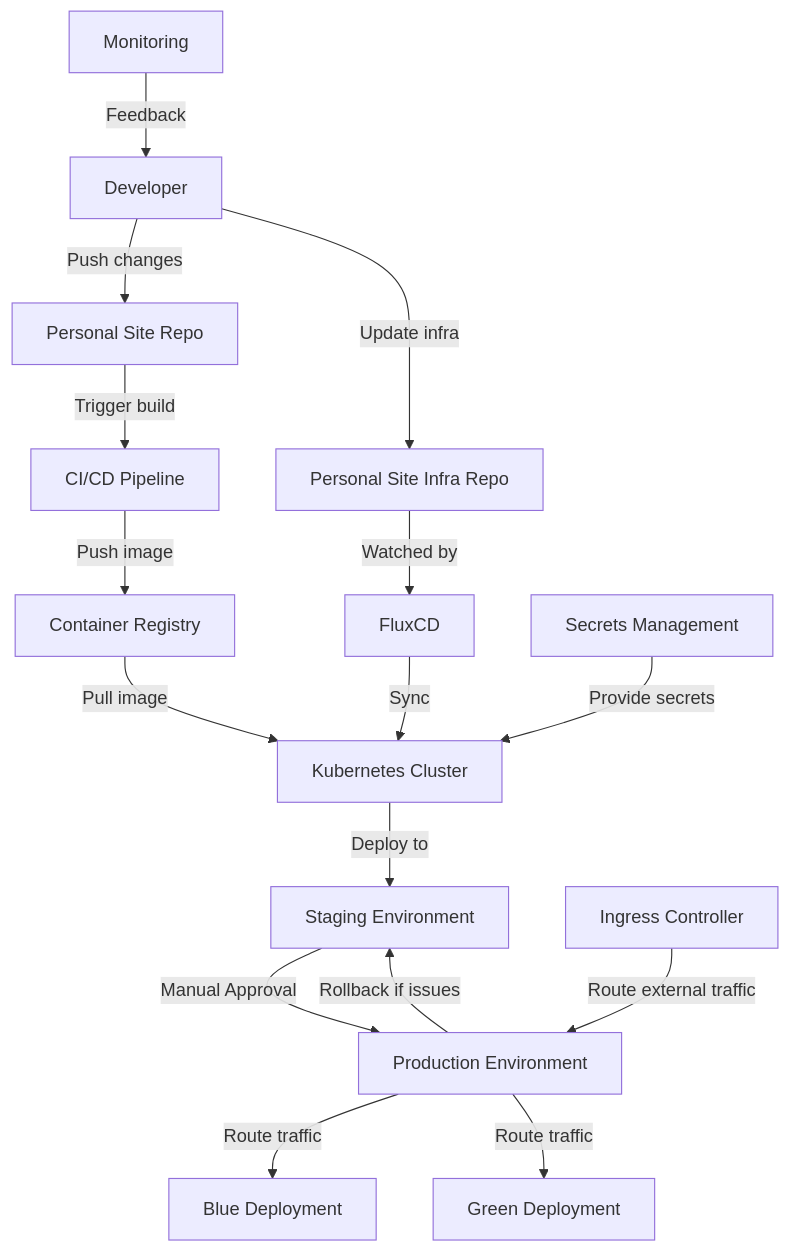
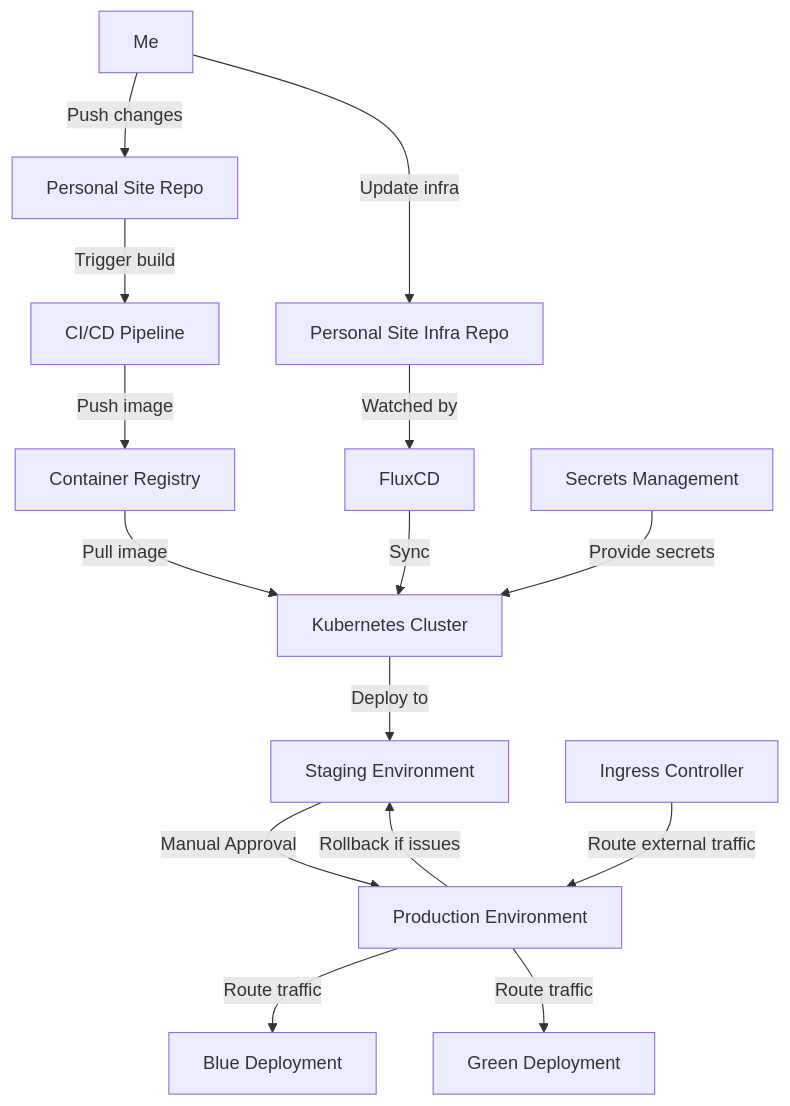
Before and after one commit to zaneriley/personal-site-infra: the diagram in README.md, drawn with Mermaid. The commit also changed other lines of this file, not shown here.

````diff
--- a/README.md
+++ b/README.md
@@ -32,18 +37,17 @@
 ```mermaid
 graph TD
-    A[Developer] -->|Push changes| B[Personal Site Repo]
+    A[Me] -->|Push changes| B[Personal Site Repo]
     A -->|Update infra| C[Personal Site Infra Repo]
     B -->|Trigger build| D[CI/CD Pipeline]
     D -->|Push image| E[Container Registry]
     C -->|Watched by| F[FluxCD]
     F -->|Sync| G[Kubernetes Cluster]
     G -->|Deploy to| H[Staging Environment]
     H -->|Manual Approval| I[Production Environment]
     E -->|Pull image| G
     I -->|Route traffic| J[Blue Deployment]
     I -->|Route traffic| K[Green Deployment]
     L[Ingress Controller] -->|Route external traffic| I
-    M[Monitoring] -->|Feedback| A
     N[Secrets Management] -->|Provide secrets| G
     I -->|Rollback if issues| H
 ```
````
